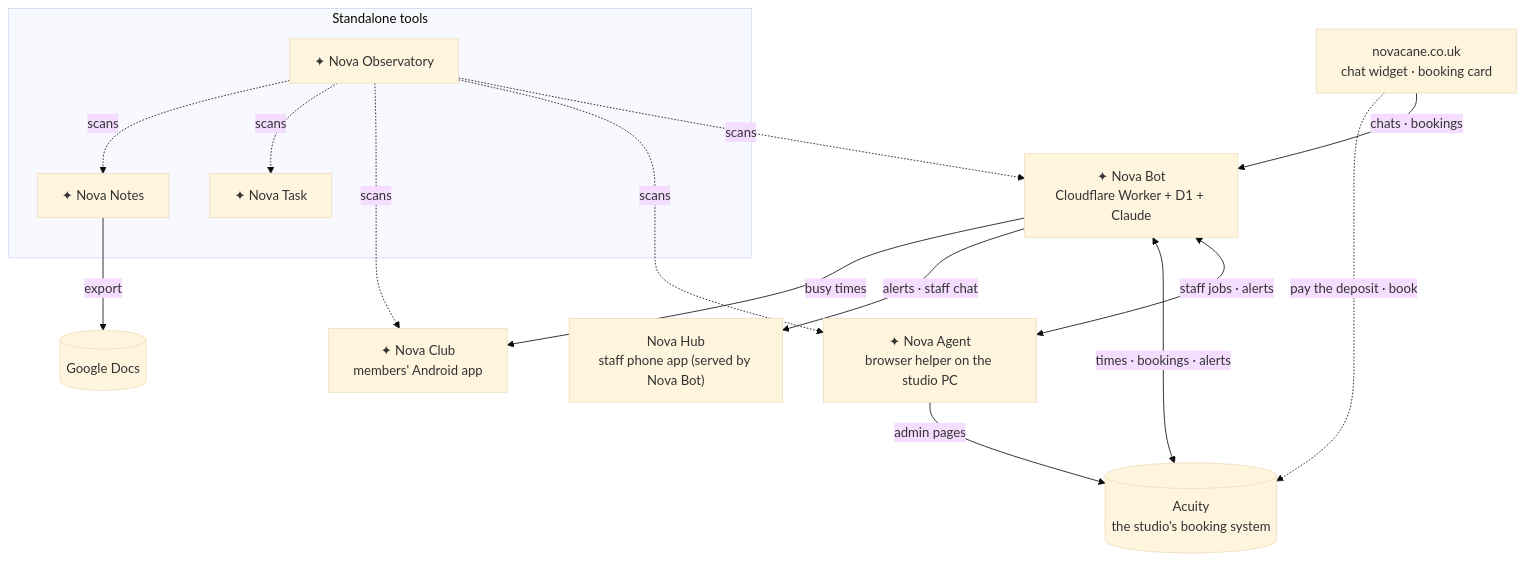
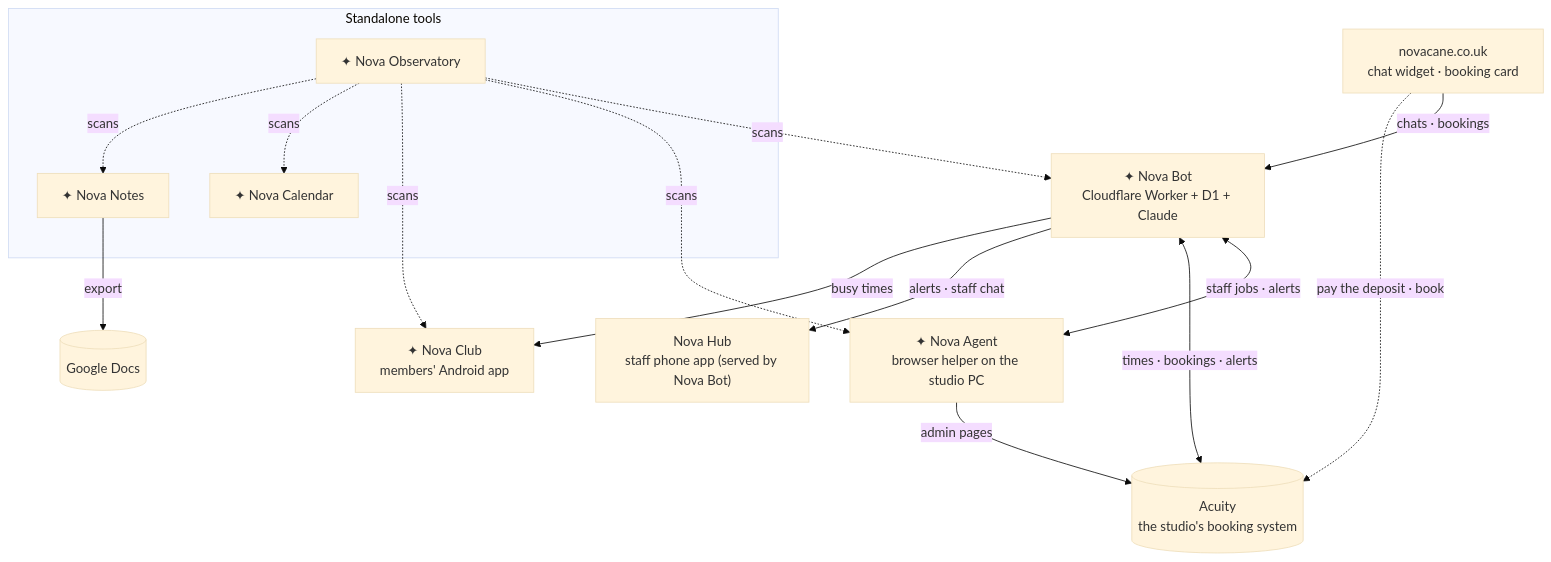
The diagram in README.md (tuniveza/nova-suite), drawn with Mermaid (base theme) before and after one commit. The commit also changed other lines of this file and 2 other files, not shown here.

First line of the commit message:
Nova Task is now Nova Calendar

````diff
--- a/README.md
+++ b/README.md
@@ -92,18 +94,18 @@
 ```mermaid
 flowchart TB
   site["novacane.co.uk<br/>chat widget · booking card"] -->|chats · bookings| bot
   bot["✦ Nova Bot<br/>Cloudflare Worker + D1 + Claude"]
   bot <-->|staff jobs · alerts| agent["✦ Nova Agent<br/>browser helper on the studio PC"]
   agent -->|admin pages| acuity[("Acuity<br/>the studio's booking system")]
   site -.->|pay the deposit · book| acuity
   bot <-->|times · bookings · alerts| acuity
   bot -->|alerts · staff chat| hub["Nova Hub<br/>staff phone app (served by Nova Bot)"]
   bot -->|busy times| club["✦ Nova Club<br/>members' Android app"]
   subgraph tools["Standalone tools"]
-    task["✦ Nova Task"]
+    task["✦ Nova Calendar"]
     notes["✦ Nova Notes"]
     obs["✦ Nova Observatory"]
   end
   notes -->|export| gdocs[("Google Docs")]
   obs -.->|scans| bot & agent & club & task & notes
 ```
````
